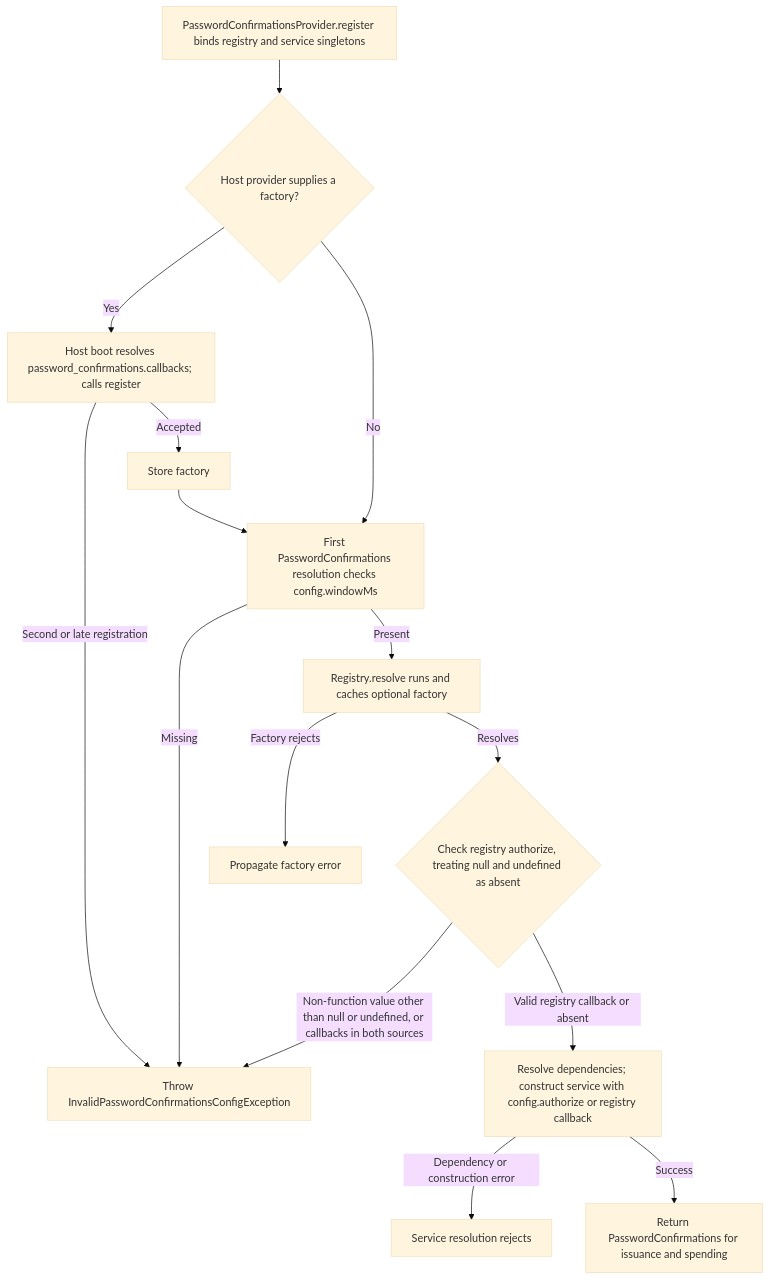
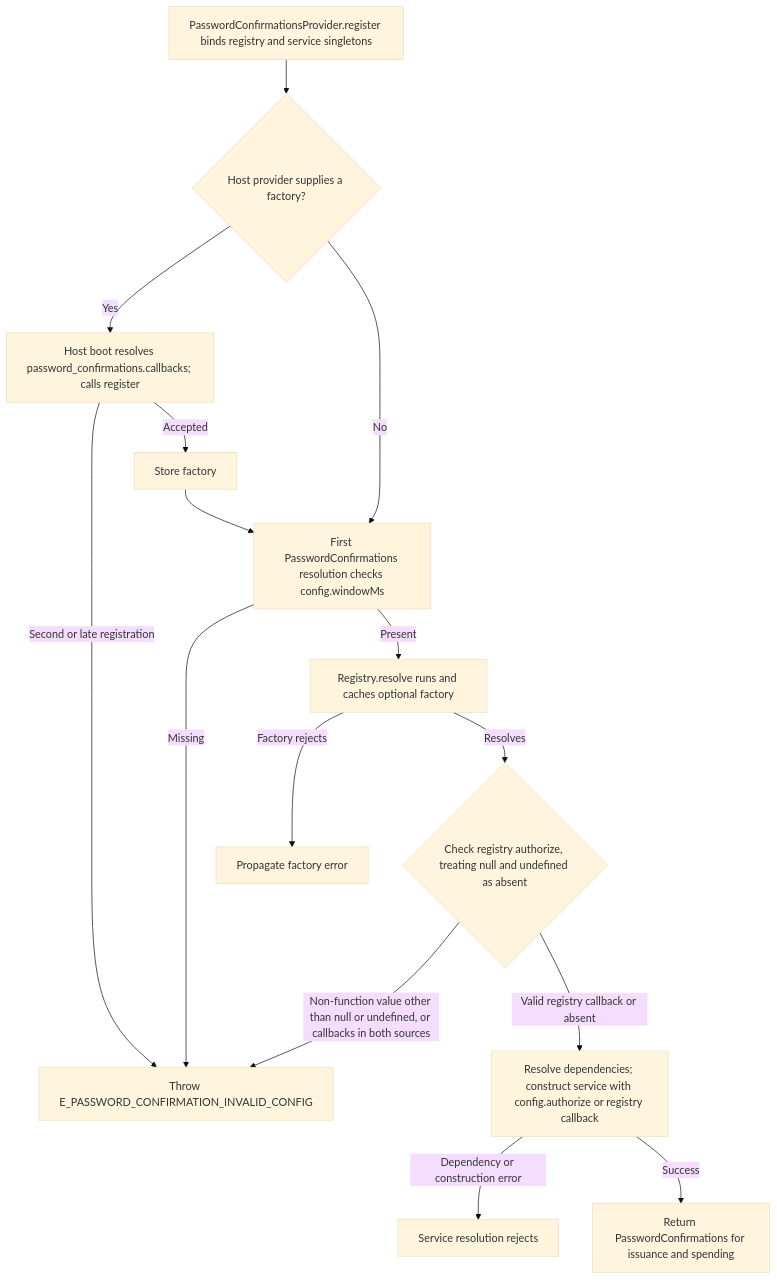
Before and after one commit to Kevinjohn/oss-adonisjs-confirm-action-with-password: the second of 2 diagrams in user-stories/US-CONFIRM-09-register-authorization.md, drawn with Mermaid (base theme). The commit also changed 14 other files, not shown here.

````diff
--- a/user-stories/US-CONFIRM-09-register-authorization.md
+++ b/user-stories/US-CONFIRM-09-register-authorization.md
@@ -37,17 +37,17 @@
 ```mermaid
 flowchart TD
     A["PasswordConfirmationsProvider.register binds registry and service singletons"] --> B{"Host provider supplies a factory?"}
     B -->|Yes| C["Host boot resolves password_confirmations.callbacks; calls register"]
-    C -->|Second or late registration| X["Throw InvalidPasswordConfirmationsConfigException"]
+    C -->|Second or late registration| X["Throw E_PASSWORD_CONFIRMATION_INVALID_CONFIG"]
     C -->|Accepted| D["Store factory"]
     D --> E["First PasswordConfirmations resolution checks config.windowMs"]
     B -->|No| E
     E -->|Missing| X
     E -->|Present| F["Registry.resolve runs and caches optional factory"]
     F -->|Factory rejects| Y["Propagate factory error"]
     F -->|Resolves| G{"Check registry authorize, treating null and undefined as absent"}
     G -->|Non-function value other than null or undefined, or callbacks in both sources| X
     G -->|Valid registry callback or absent| H["Resolve dependencies; construct service with config.authorize or registry callback"]
     H -->|Dependency or construction error| Z["Service resolution rejects"]
     H -->|Success| I["Return PasswordConfirmations for issuance and spending"]
 ```
````
